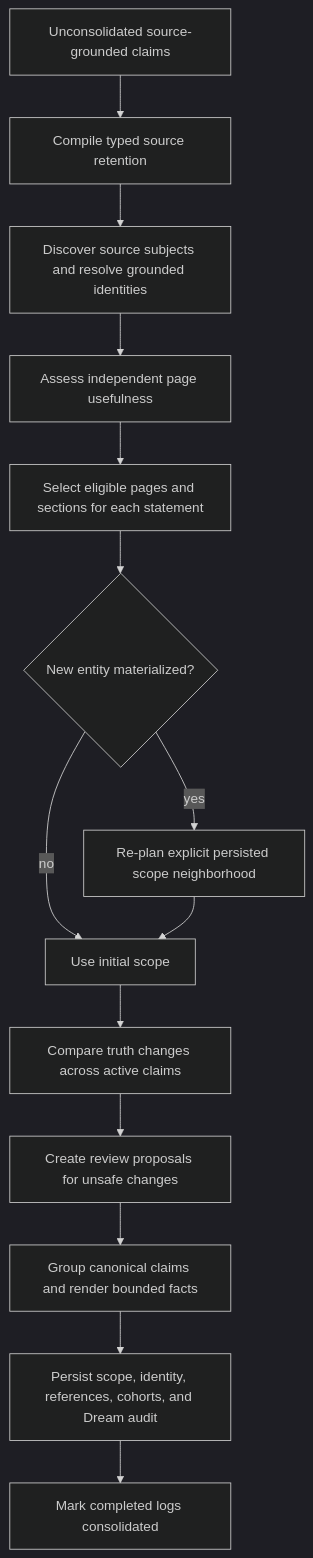
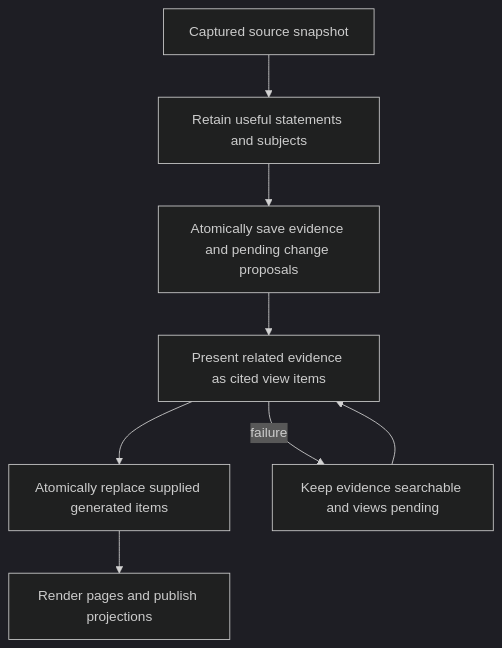
Before and after one commit to nsadras/mycelium: the diagram in DESIGN.md, drawn with Mermaid (dark theme). The commit also changed other lines of this file and 191 other files, not shown here.

Commit message:
Replace encoding cascade with retained evidence and cited views

````diff
--- a/DESIGN.md
+++ b/DESIGN.md
@@ -177,16 +177,10 @@
 ```mermaid
 flowchart TD
-    A[Unconsolidated source-grounded claims] --> B[Compile typed source retention]
-    B --> C[Discover source subjects and resolve grounded identities]
-    C --> D[Assess independent page usefulness]
-    D --> F[Select eligible pages and sections for each statement]
-    F --> K{New entity materialized?}
-    K -->|yes| L[Re-plan explicit persisted scope neighborhood]
-    K -->|no| M[Use initial scope]
-    L --> M
-    M --> N[Compare truth changes across active claims]
-    N --> O[Create review proposals for unsafe changes]
-    O --> P[Group canonical claims and render bounded facts]
-    P --> Q[Persist scope, identity, references, cohorts, and Dream audit]
-    Q --> R[Mark completed logs consolidated]
+    A[Captured source snapshot] --> B[Retain useful statements and subjects]
+    B --> C[Atomically save evidence and pending change proposals]
+    C --> D[Present related evidence as cited view items]
+    D --> E[Atomically replace supplied generated items]
+    E --> F[Render pages and publish projections]
+    D -->|failure| G[Keep evidence searchable and views pending]
+    G --> D
 ```
````
